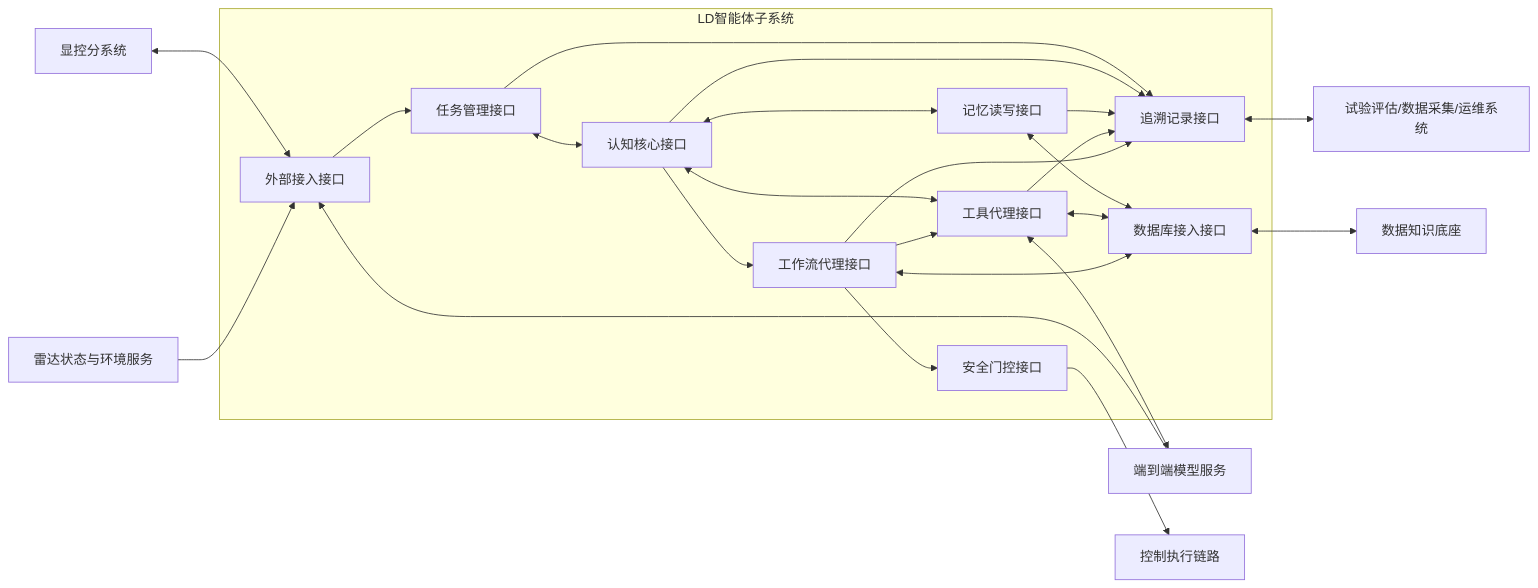
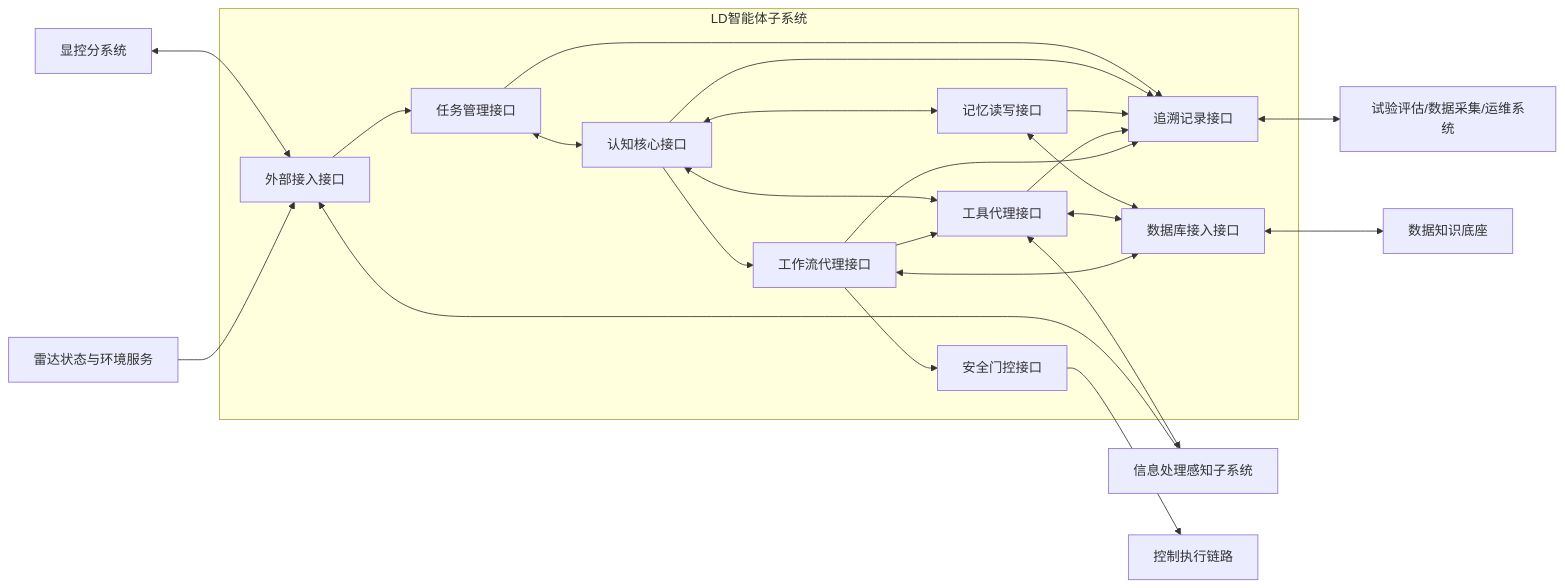
Before and after one commit to StormSeven1/obsidian-vault: the seventh of 7 diagrams in radar agent/4.3.3.2 LD智能体子系统技术方案.md, drawn with Mermaid. The commit also changed other lines of this file, not shown here.

````diff
--- a/radar agent/4.3.3.2 LD智能体子系统技术方案.md
+++ b/radar agent/4.3.3.2 LD智能体子系统技术方案.md
@@ -598,44 +598,44 @@
 ```mermaid
 graph LR
     HMI[显控分系统]
-    MODEL[端到端模型服务]
+    MODEL[信息处理感知子系统]
     STATE[雷达状态与环境服务]
     CTRL[控制执行链路]
     DATA[数据知识底座]
     OPS[试验评估/数据采集/运维系统]
 
     subgraph AGENT[LD智能体子系统]
         A1[外部接入接口]
         A2[任务管理接口]
         A3[认知核心接口]
         A4[记忆读写接口]
         A5[工具代理接口]
         A6[工作流代理接口]
         A7[安全门控接口]
         A8[追溯记录接口]
         A9[数据库接入接口]
     end
 
     HMI <--> A1
     MODEL --> A1
     STATE --> A1
     A1 --> A2
     A2 <--> A3
     A3 <--> A4
     A3 <--> A5
     A4 <--> A9
     A5 <--> A9
     A6 <--> A9
     A9 <--> DATA
     A5 <--> MODEL
     A3 --> A6
     A6 --> A5
     A6 --> A7
     A7 --> CTRL
     A2 --> A8
     A3 --> A8
     A4 --> A8
     A5 --> A8
     A6 --> A8
     A8 <--> OPS
 ```
````
